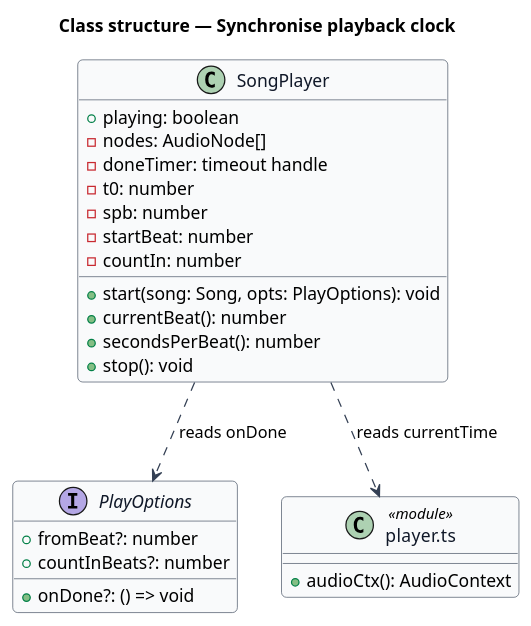
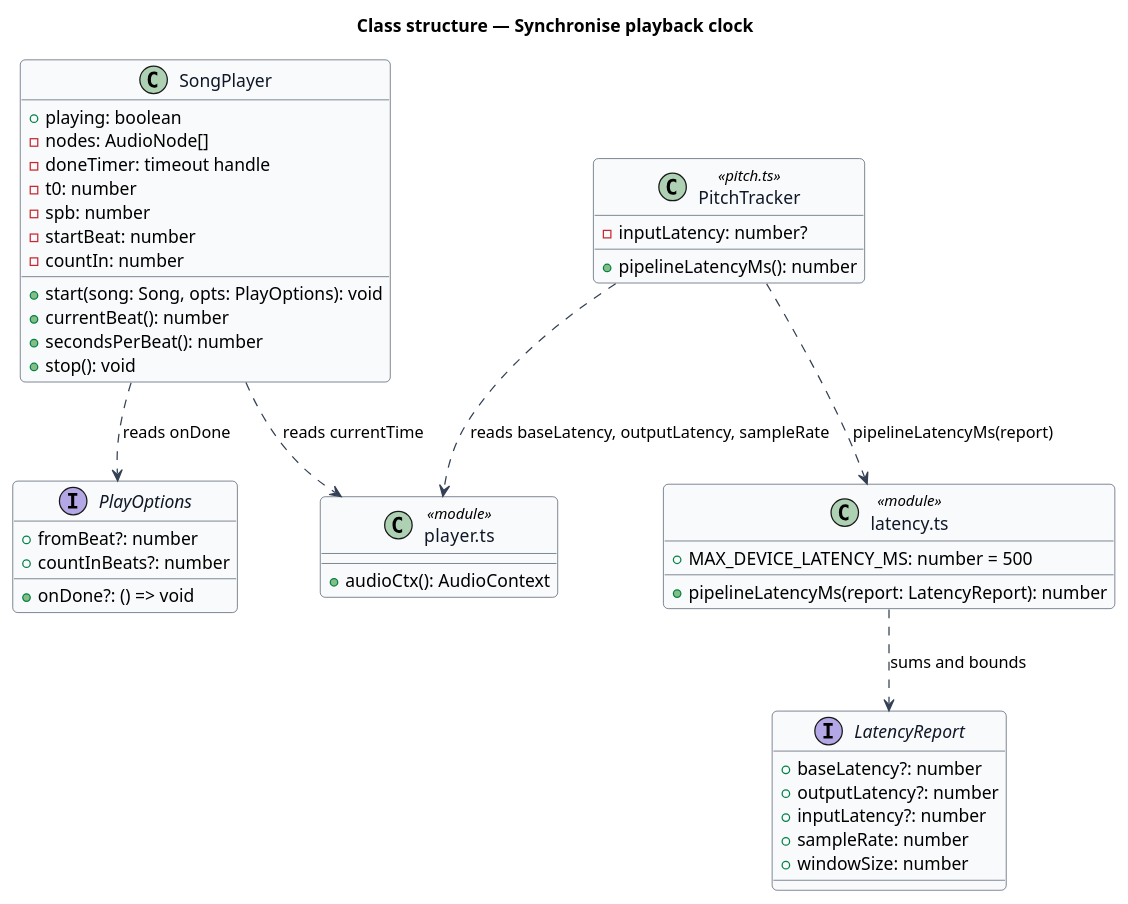
One commit to QuinntyneBrown/TwinkleTune changed the diagram in docs/detailed-designs/audio-engine/synchronise-playback-clock/diagrams/class-structure.puml. Above: the diagram before and after it, drawn with PlantUML. The commit also changed 13 other files, not shown here.

First line of the commit message:
Specify automatic pipeline latency compensation (AE-L2-18, SG-L2-19)

```diff
--- a/docs/detailed-designs/audio-engine/synchronise-playback-clock/diagrams/class-structure.puml
+++ b/docs/detailed-designs/audio-engine/synchronise-playback-clock/diagrams/class-structure.puml
@@ -1,42 +1,63 @@
 @startuml
 ' --- shared skin header ---
 skinparam backgroundColor #FFFFFF
 skinparam shadowing false
 skinparam roundcorner 8
 skinparam defaultFontName Arial
 skinparam ArrowColor #344054
 skinparam class {
   BorderColor #344054
   FontColor #101828
   BackgroundColor #F9FAFB
 }
 ' --------------------------
 title Class structure — Synchronise playback clock
 
 class SongPlayer {
   +playing: boolean
   -nodes: AudioNode[]
   -doneTimer: timeout handle
   -t0: number
   -spb: number
   -startBeat: number
   -countIn: number
   +start(song: Song, opts: PlayOptions): void
   +currentBeat(): number
   +secondsPerBeat(): number
   +stop(): void
 }
 
 interface PlayOptions {
   +fromBeat?: number
   +countInBeats?: number
   +onDone?: () => void
 }
 
 class "player.ts" as PlayerMod <<module>> {
   +audioCtx(): AudioContext
 }
 
+class "latency.ts" as LatencyMod <<module>> {
+  +MAX_DEVICE_LATENCY_MS: number = 500
+  +pipelineLatencyMs(report: LatencyReport): number
+}
+
+interface LatencyReport {
+  +baseLatency?: number
+  +outputLatency?: number
+  +inputLatency?: number
+  +sampleRate: number
+  +windowSize: number
+}
+
+class PitchTracker <<pitch.ts>> {
+  -inputLatency: number?
+  +pipelineLatencyMs(): number
+}
+
 SongPlayer ..> PlayOptions : reads onDone
 SongPlayer ..> PlayerMod : reads currentTime
+LatencyMod ..> LatencyReport : sums and bounds
+PitchTracker ..> LatencyMod : pipelineLatencyMs(report)
+PitchTracker ..> PlayerMod : reads baseLatency, outputLatency, sampleRate
 @enduml
```
